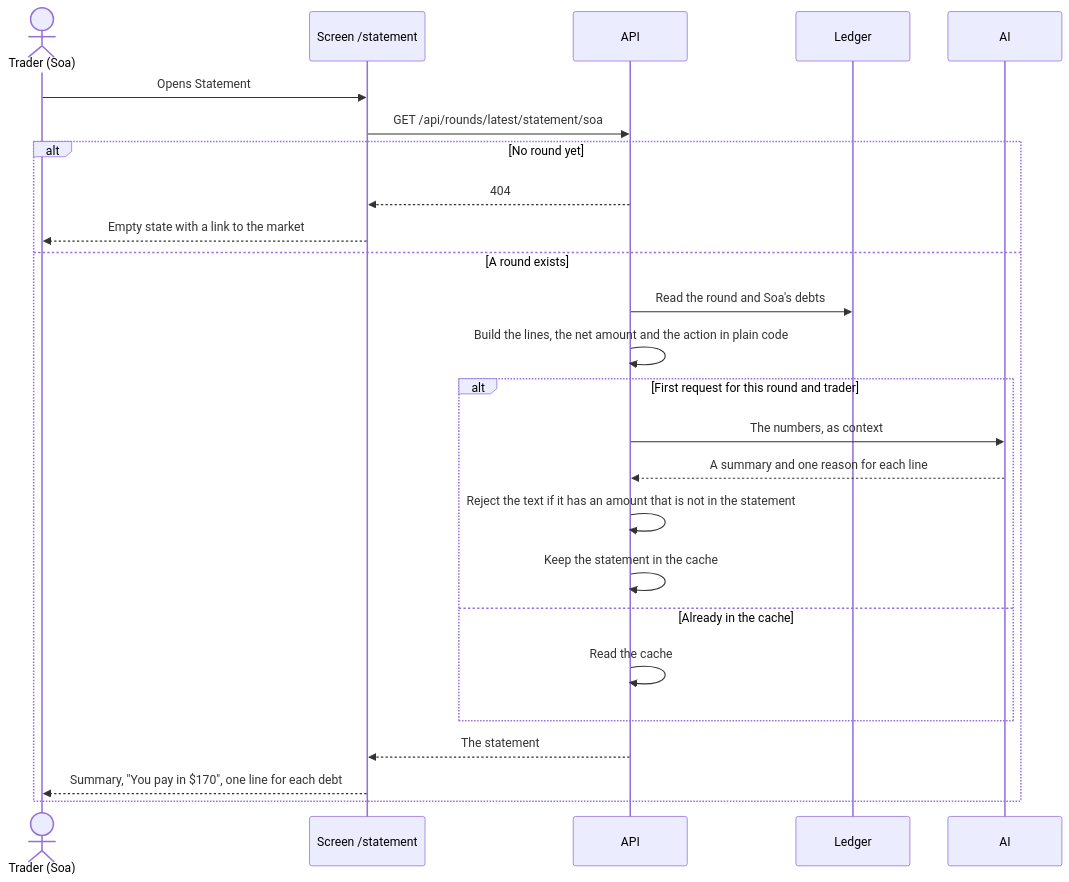
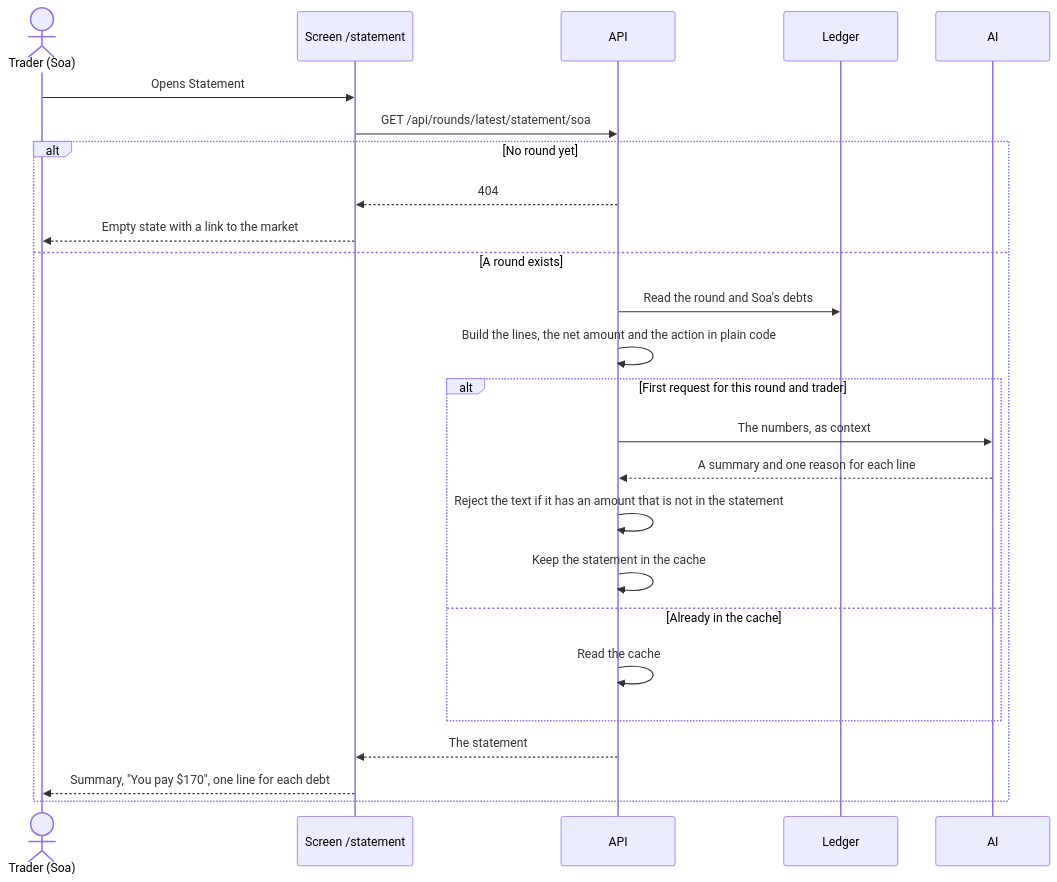
The fifth of 6 diagrams in docs/user-journeys.md (donovan-ratefison/alamino), drawn with Mermaid before and after one commit. The commit also changed other lines of this file and 13 other files, not shown here.

````diff
--- a/docs/user-journeys.md
+++ b/docs/user-journeys.md
@@ -173,28 +173,28 @@
 ```mermaid
 sequenceDiagram
     actor Soa as Trader (Soa)
     participant Screen as Screen /statement
     participant API
     participant Ledger
     participant AI
 
     Soa->>Screen: Opens Statement
     Screen->>API: GET /api/rounds/latest/statement/soa
     alt No round yet
         API-->>Screen: 404
         Screen-->>Soa: Empty state with a link to the market
     else A round exists
         API->>Ledger: Read the round and Soa's debts
         API->>API: Build the lines, the net amount and the action in plain code
         alt First request for this round and trader
             API->>AI: The numbers, as context
             AI-->>API: A summary and one reason for each line
             API->>API: Reject the text if it has an amount that is not in the statement
             API->>API: Keep the statement in the cache
         else Already in the cache
             API->>API: Read the cache
         end
         API-->>Screen: The statement
-        Screen-->>Soa: Summary, "You pay in $170", one line for each debt
+        Screen-->>Soa: Summary, "You pay $170", one line for each debt
     end
 ```
````
